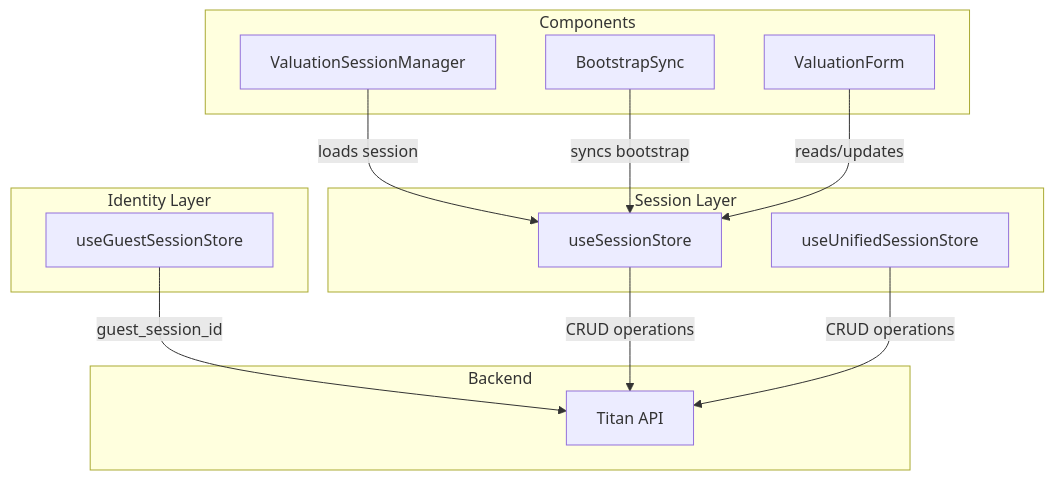
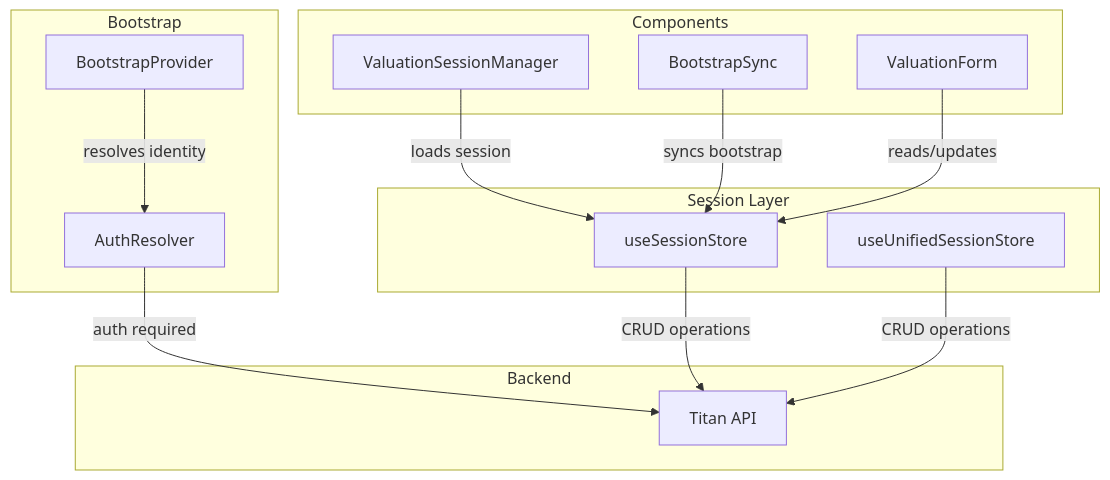
The diagram in src/store/SESSION_STORES.md (UpswitchEU/venus), drawn with Mermaid before and after one commit. The commit also changed other lines of this file and 42 other files, not shown here.

````diff
--- a/src/store/SESSION_STORES.md
+++ b/src/store/SESSION_STORES.md
@@ -188,29 +136,31 @@
 ```mermaid
 graph TD
-    subgraph Identity Layer
-        GS[useGuestSessionStore]
+    subgraph Bootstrap
+        BP[BootstrapProvider]
+        AR[AuthResolver]
     end
     
     subgraph Session Layer
         SS[useSessionStore]
         US[useUnifiedSessionStore]
     end
     
     subgraph Components
         VM[ValuationSessionManager]
         VF[ValuationForm]
         BS[BootstrapSync]
     end
     
     subgraph Backend
         T[Titan API]
     end
     
-    GS -->|guest_session_id| T
+    BP -->|resolves identity| AR
+    AR -->|auth required| T
     SS -->|CRUD operations| T
     US -->|CRUD operations| T
     
     VM -->|loads session| SS
     BS -->|syncs bootstrap| SS
     VF -->|reads/updates| SS
 ```
````
